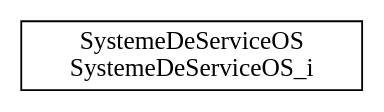
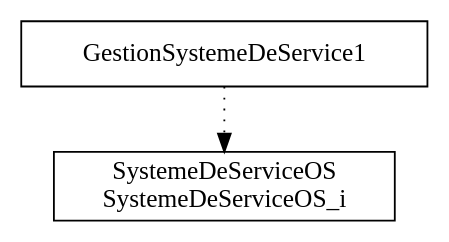
The diagram in SystemeDeServiceOS/bdp/SystemeDeServiceOS.dot (kirapoetica974/Systeme_Gestion_De_Service_ALMA_2016), drawn with Graphviz before and after one commit. The commit also changed 1 other file, not shown here.

```diff
--- a/SystemeDeServiceOS/bdp/SystemeDeServiceOS.dot
+++ b/SystemeDeServiceOS/bdp/SystemeDeServiceOS.dot
@@ -1,4 +1,6 @@
 digraph {
+GestionSystemeDeService1 [ label=" GestionSystemeDeService1 " shape= box ]
 SystemeDeServiceOS_i [ label=" SystemeDeServiceOS\nSystemeDeServiceOS_i " shape= box ]
 
+"GestionSystemeDeService1" -> "SystemeDeServiceOS_i" [style= dotted ]
 }
```
